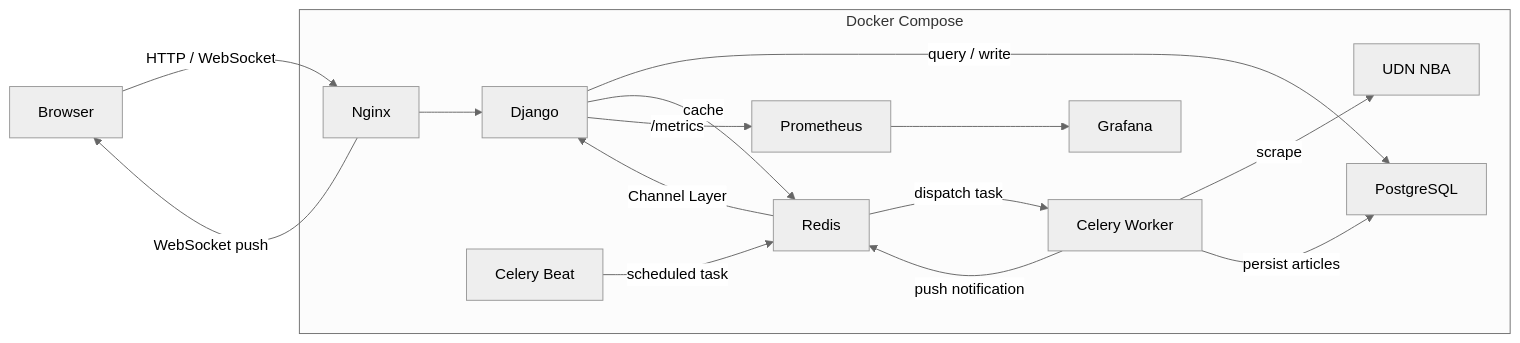
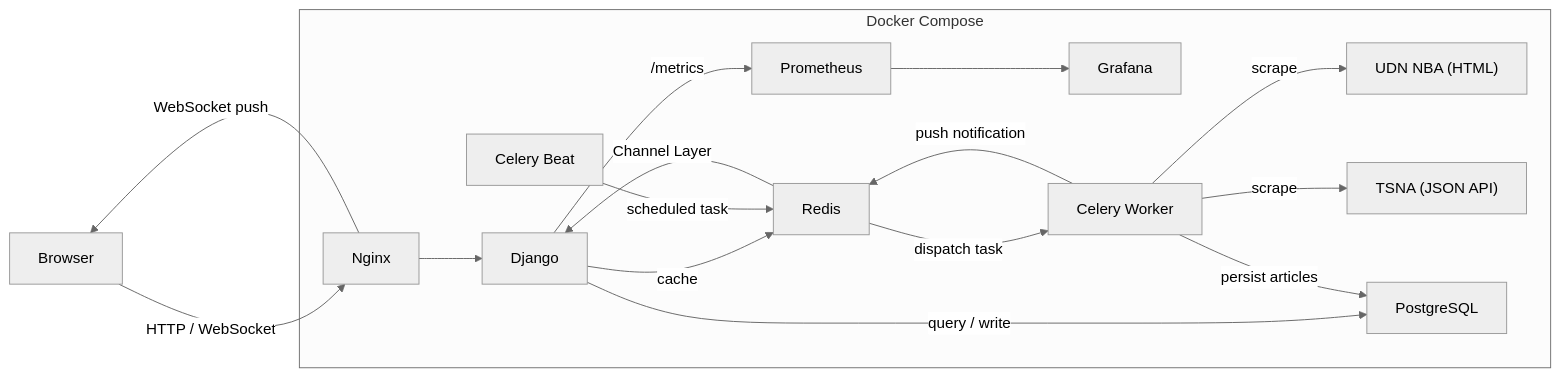
The diagram in README.md (chaoting-sun/news-ingestion-platform), drawn with Mermaid (neutral theme) before and after one commit. The commit also changed other lines of this file, not shown here.

````diff
--- a/README.md
+++ b/README.md
@@ -18,22 +18,24 @@
 ```mermaid
 flowchart LR
     User["Browser"]
-    UDN["UDN NBA"]
+    UDN["UDN NBA (HTML)"]
+    TSNA["TSNA (JSON API)"]
 
     subgraph Docker Compose
         Nginx --> Django
         Django -- query / write --> PostgreSQL
         Django -- cache --> Redis
         Django -- /metrics --> Prometheus
         Prometheus --> Grafana
 
         Beat["Celery Beat"] -- scheduled task --> Redis
         Redis -- dispatch task --> Worker["Celery Worker"]
         Worker -- scrape --> UDN
+        Worker -- scrape --> TSNA
         Worker -- persist articles --> PostgreSQL
         Worker -- push notification --> Redis -- Channel Layer --> Django
     end
 
     User -- HTTP / WebSocket --> Nginx
     Nginx -- WebSocket push --> User
 ```
````
